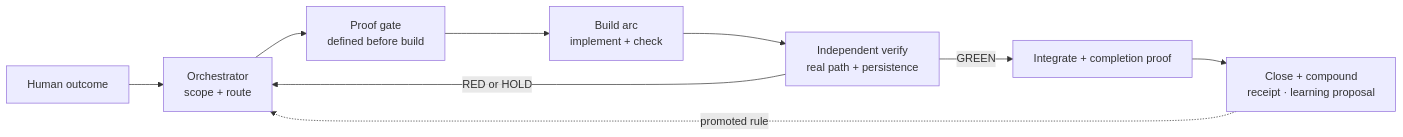
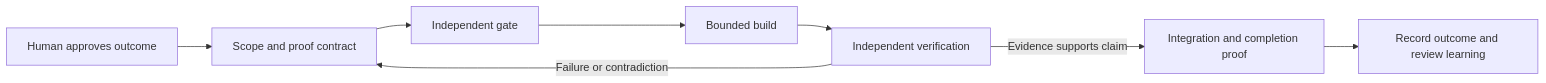
Before and after one commit to jbmonu87/nexus-proof-gated-loop: the diagram in README.md, drawn with Mermaid. The commit also changed other lines of this file and 13 other files, not shown here.

````diff
--- a/README.md
+++ b/README.md
@@ -31,11 +33,10 @@
-```mermaid
+~~~mermaid
 flowchart LR
-    A[Human outcome] --> B[Orchestrator<br/>scope + route]
-    B --> C[Proof gate<br/>defined before build]
-    C --> D[Build arc<br/>implement + check]
-    D --> E[Independent verify<br/>real path + persistence]
-    E -->|GREEN| F[Integrate + completion proof]
-    E -->|RED or HOLD| B
-    F --> G[Close + compound<br/>receipt · learning proposal]
-    G -. promoted rule .-> B
-```
+    A[Human approves outcome] --> B[Scope and proof contract]
+    B --> C[Independent gate]
+    C --> D[Bounded build]
+    D --> E[Independent verification]
+    E -->|Evidence supports claim| F[Integration and completion proof]
+    E -->|Failure or contradiction| B
+    F --> G[Record outcome and review learning]
+~~~
````
